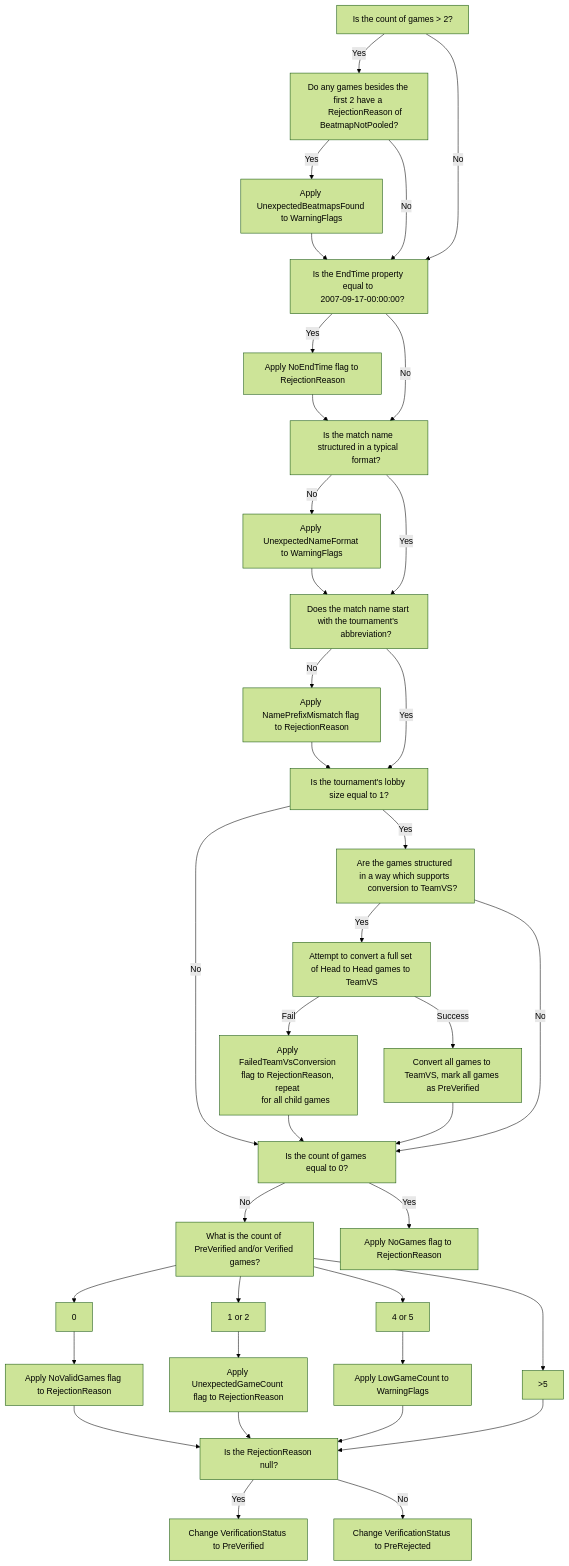
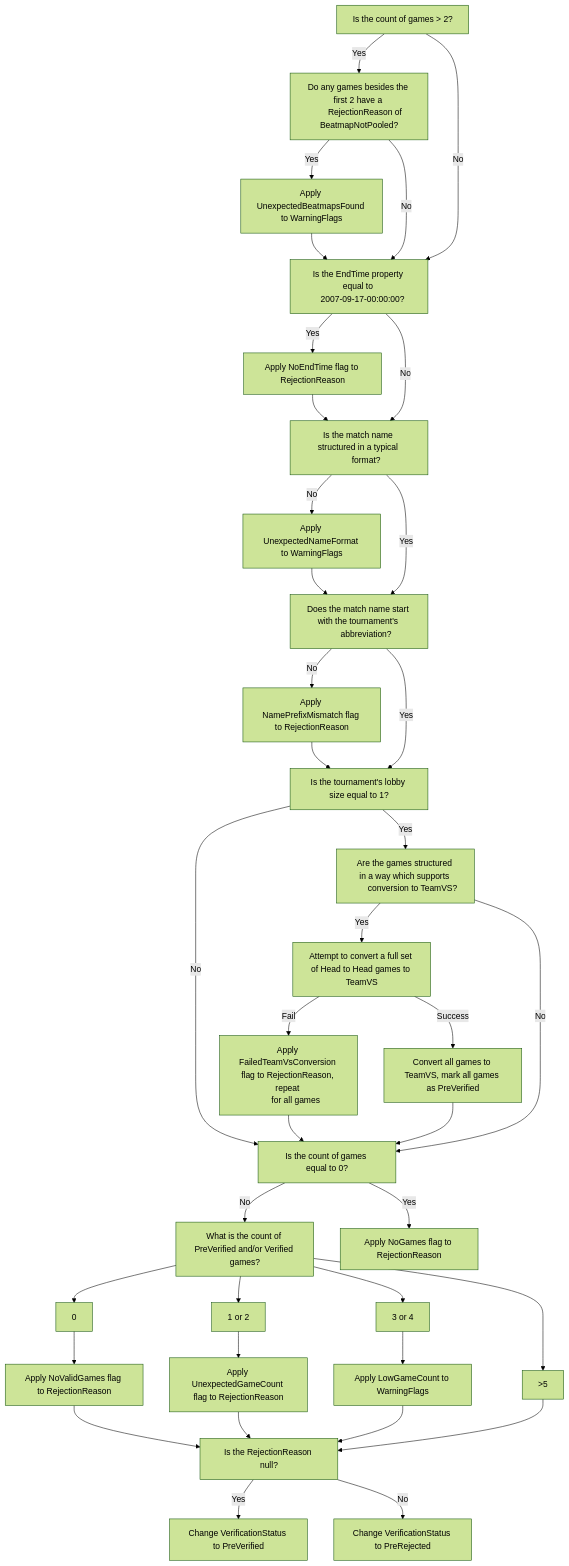
Before and after one commit to osu-tournament-rating/otr-docs: the third of 5 diagrams in docs/topics/Automated-Checks.md, drawn with Mermaid (forest theme). The commit also changed other lines of this file, not shown here.

````diff
--- a/docs/topics/Automated-Checks.md
+++ b/docs/topics/Automated-Checks.md
@@ -91,68 +89,68 @@
 ```Mermaid
 flowchart TD;
    A[Is the count of games > 2?]
    B[Do any games besides the first 2 have a 
       RejectionReason of BeatmapNotPooled?]
    C[Apply UnexpectedBeatmapsFound to WarningFlags]
    D[Is the EndTime property equal to 
    2007-09-17-00:00:00?]
    E[Apply NoEndTime flag to RejectionReason]
    H[Is the match name structured in a typical 
       format?]
    I[Apply UnexpectedNameFormat to WarningFlags]
    J[Does the match name start with the tournament's 
       abbreviation?]
    K[Apply NamePrefixMismatch flag to RejectionReason]
    L[Is the tournament's lobby size equal to 1?]
    M[Are the games structured in a way which supports 
       conversion to TeamVS?]
    N[Attempt to convert a full set of Head to Head games to TeamVS]
    O[Apply FailedTeamVsConversion flag to RejectionReason, repeat 
-      for all child games]
+      for all games]
    P[Convert all games to TeamVS, mark all games as PreVerified]
    
    F[Is the count of games equal to 0?]
    G[Apply NoGames flag to RejectionReason]
    Q[What is the count of PreVerified and/or Verified games?]
    Q1[0]
    Q2[1 or 2]
-   Q3[4 or 5]
+   Q3[3 or 4]
    Q4[&gt;5]
    Q_A[Apply NoValidGames flag to RejectionReason]
    Q_B[Apply UnexpectedGameCount flag to RejectionReason]
    Q_C[Apply LowGameCount to WarningFlags]
    
    PreTerm[Is the RejectionReason null?]
    TermPositive[Change VerificationStatus to PreVerified]
    TermNegative[Change VerificationStatus to PreRejected]
    
    A -- Yes --> B
    B -- Yes --> C --> D
    A -- No --> D
    B -- No --> D
    D -- Yes --> E --> H
    D -- No --> H
    
    H -- No --> I --> J
    H -- Yes --> J
    J -- No --> K --> L
    J -- Yes --> L
    L -- No --> F
    L -- Yes --> M
    M -- Yes --> N
    M -- No --> F
    N -- Fail --> O --> F
    N -- Success --> P --> F
    F -- No --> Q
    F -- Yes --> G
    Q --> Q1
    Q --> Q2
    Q --> Q3
    Q --> Q4
    Q1 --> Q_A --> PreTerm
    Q2 --> Q_B --> PreTerm
    Q3 --> Q_C --> PreTerm
    Q4 --> PreTerm
    PreTerm -- Yes --> TermPositive
    PreTerm -- No --> TermNegative
 ```
````
